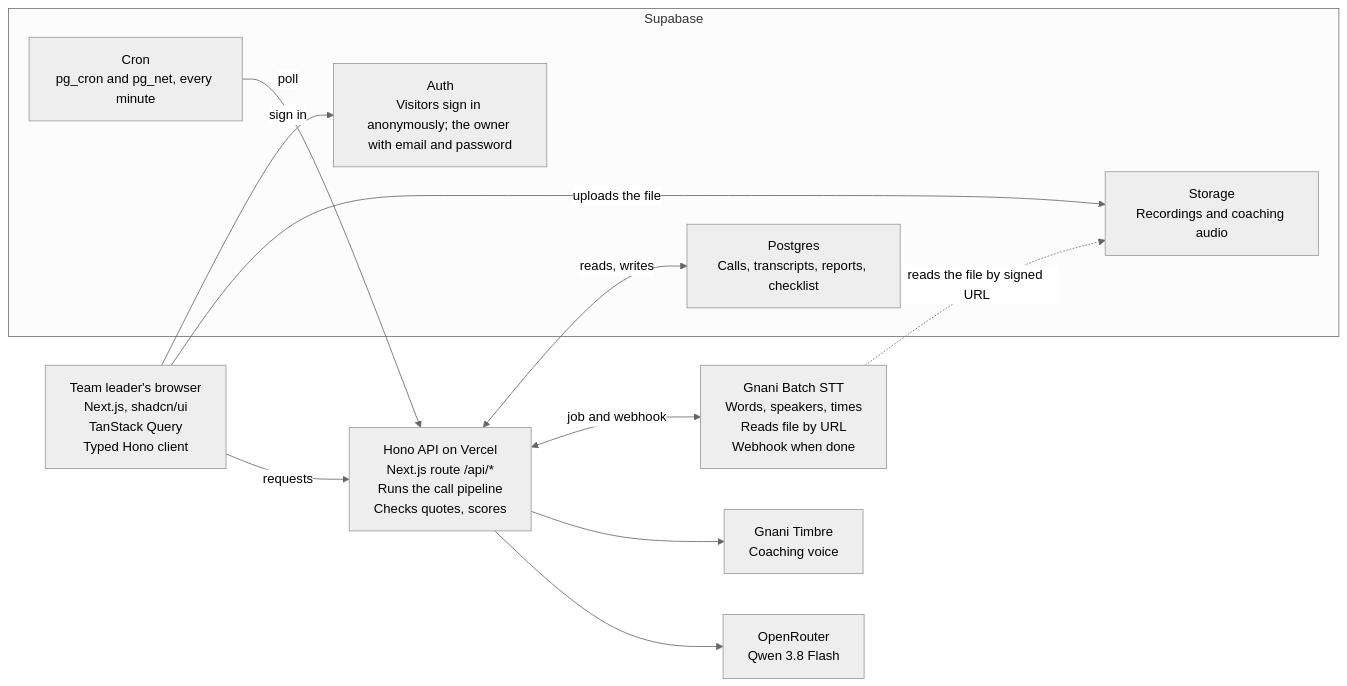
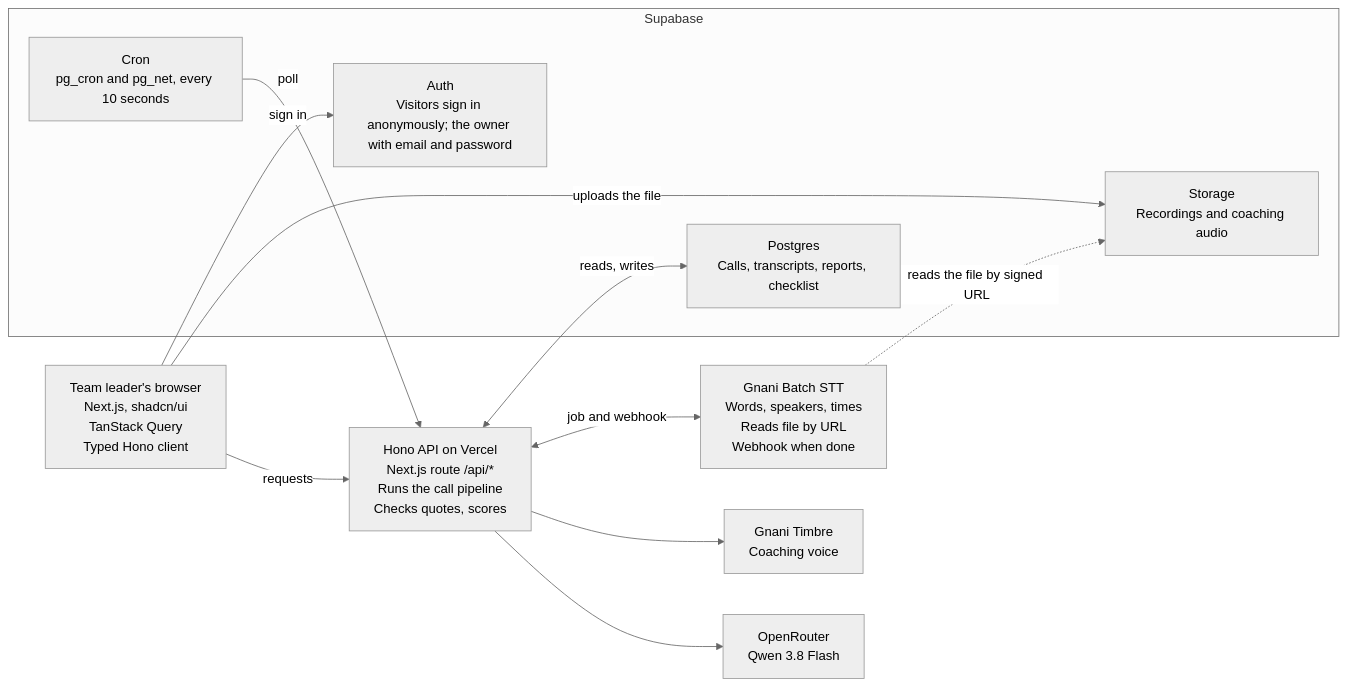
The diagram in docs/TRD.md (neha-tanti/sunoai), drawn with Mermaid (neutral theme) before and after one commit. The commit also changed other lines of this file and 11 other files, not shown here.

First line of the commit message:
fix(transcription): poll Gnani every 10 seconds (#56)

````diff
--- a/docs/TRD.md
+++ b/docs/TRD.md
@@ -49,23 +49,23 @@
 ```mermaid
 flowchart LR
   browser["Team leader's browser<br/>Next.js, shadcn/ui<br/>TanStack Query<br/>Typed Hono client"]
   hono["Hono API on Vercel<br/>Next.js route /api/*<br/>Runs the call pipeline<br/>Checks quotes, scores"]
   batch["Gnani Batch STT<br/>Words, speakers, times<br/>Reads file by URL<br/>Webhook when done"]
   timbre["Gnani Timbre<br/>Coaching voice"]
   openrouter["OpenRouter<br/>Qwen 3.8 Flash"]
   subgraph supabase["Supabase"]
     auth["Auth<br/>Visitors sign in anonymously; the owner with email and password"]
     storage["Storage<br/>Recordings and coaching audio"]
     postgres["Postgres<br/>Calls, transcripts, reports, checklist"]
-    cron["Cron<br/>pg_cron and pg_net, every minute"]
+    cron["Cron<br/>pg_cron and pg_net, every 10 seconds"]
   end
   browser -->|requests| hono
   browser -->|sign in| auth
   browser -->|uploads the file| storage
   hono <-->|job and webhook| batch
   hono --> timbre
   hono --> openrouter
   hono <-->|reads, writes| postgres
   cron -->|poll| hono
   batch -.->|reads the file by signed URL| storage
 ```
````
